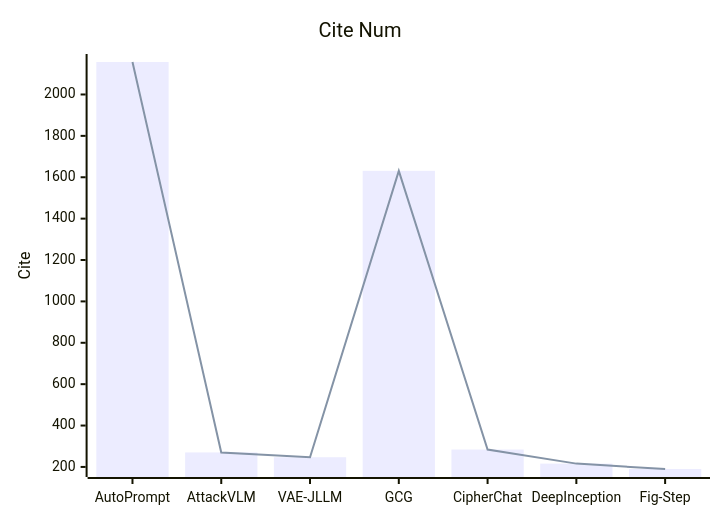
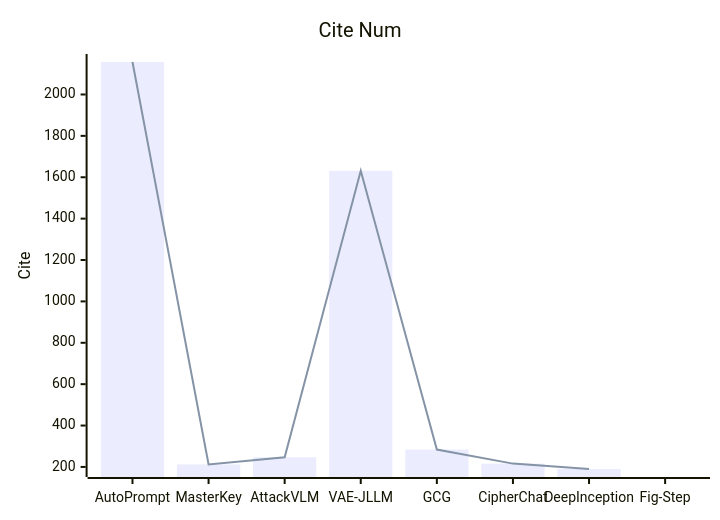
The fifth of 5 diagrams in Attack/Jailbreak/analyse.md (Elephant-King9/Paper), drawn with Mermaid before and after one commit. The commit also changed other lines of this file and 5 other files, not shown here.

Commit message:
MasterKey: Automated Jailbreak Across Multiple Large Language Model Chatbots

````diff
--- a/Attack/Jailbreak/analyse.md
+++ b/Attack/Jailbreak/analyse.md
@@ -86,8 +91,8 @@
 ```mermaid
     xychart-beta
     title "Cite Num"
-    x-axis [AutoPrompt,AttackVLM,VAE-JLLM,GCG,CipherChat,DeepInception,Fig-Step]
+    x-axis [AutoPrompt,MasterKey,AttackVLM,VAE-JLLM,GCG,CipherChat,DeepInception,Fig-Step]
     y-axis "Cite" 
-    bar [2157, 270,247, 1631,284,216,190]
-    line [2157, 270,247,1631,284,216,190]
+    bar [2157, 212,247, 1631,284,216,190]
+    line [2157, 212,247,1631,284,216,190]
 ```
````
